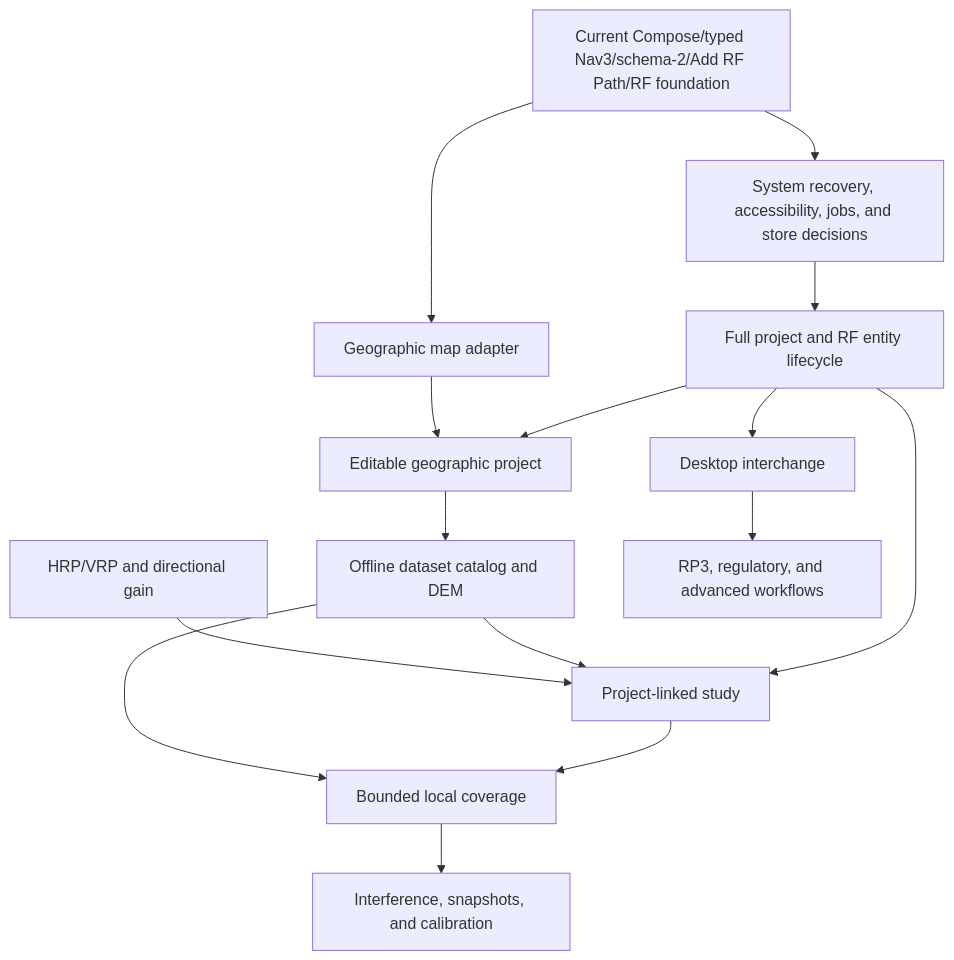
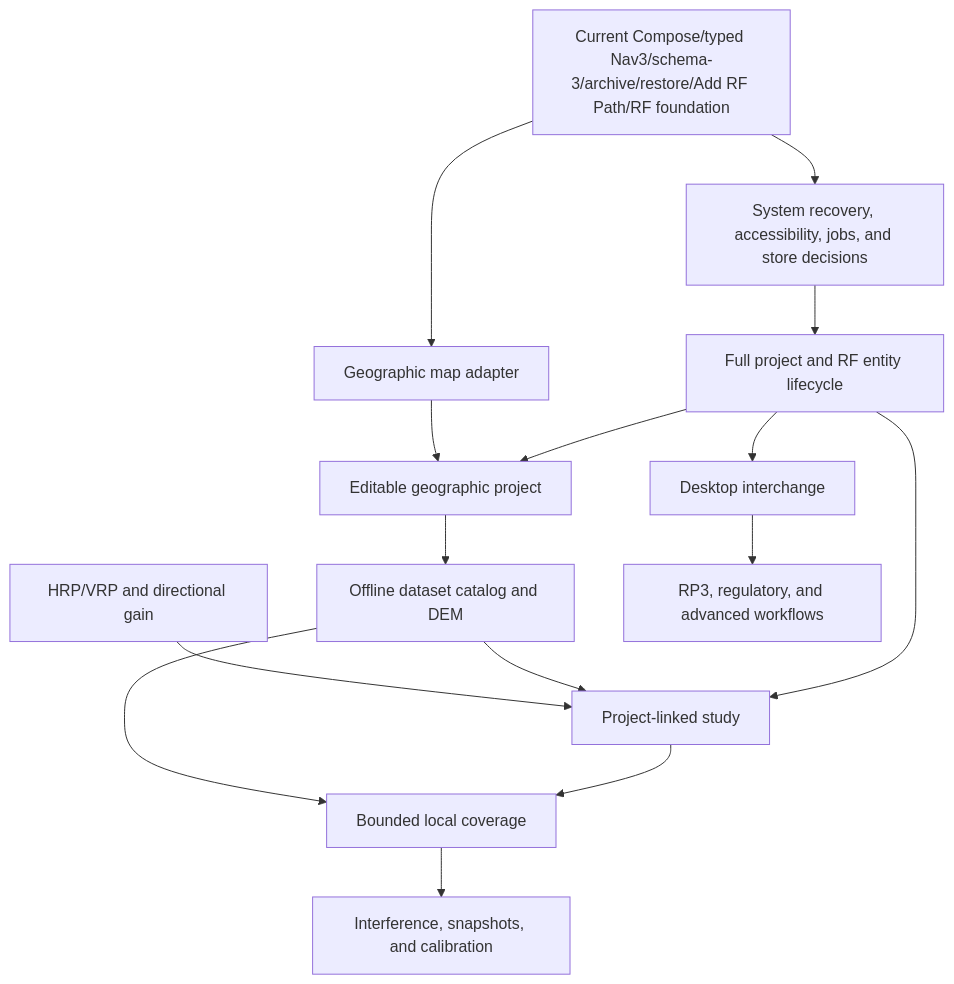
One commit to Gecesars/ATX_PLA_APK changed the diagram in docs/APPLICATION_MAP.md. Above: the diagram before and after it, drawn with Mermaid. The commit also changed other lines of this file and 25 other files, not shown here.

Commit message:
feat: add transactional project archive and restore

````diff
--- a/docs/APPLICATION_MAP.md
+++ b/docs/APPLICATION_MAP.md
@@ -235,17 +237,17 @@
 ```mermaid
 flowchart TD
-    CURRENT[Current Compose/typed Nav3/schema-2/Add RF Path/RF foundation] --> HARDEN[System recovery, accessibility, jobs, and store decisions]
+    CURRENT[Current Compose/typed Nav3/schema-3/archive/restore/Add RF Path/RF foundation] --> HARDEN[System recovery, accessibility, jobs, and store decisions]
     HARDEN --> PROJECT[Full project and RF entity lifecycle]
     CURRENT --> MAPSPIKE[Geographic map adapter]
     PROJECT --> MAP[Editable geographic project]
     MAPSPIKE --> MAP
     MAP --> DATA[Offline dataset catalog and DEM]
     PROJECT --> LINK[Project-linked study]
     DATA --> LINK
     ANTENNA[HRP/VRP and directional gain] --> LINK
     LINK --> COVERAGE[Bounded local coverage]
     DATA --> COVERAGE
     COVERAGE --> NETWORK[Interference, snapshots, and calibration]
     PROJECT --> INTEROP[Desktop interchange]
     INTEROP --> ADVANCED[RP3, regulatory, and advanced workflows]
 ```
````
